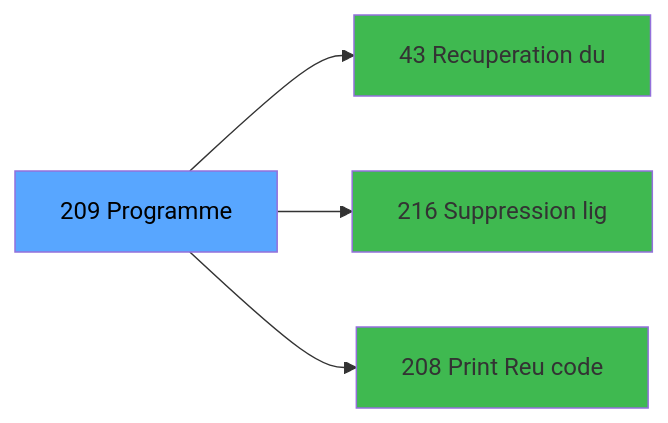
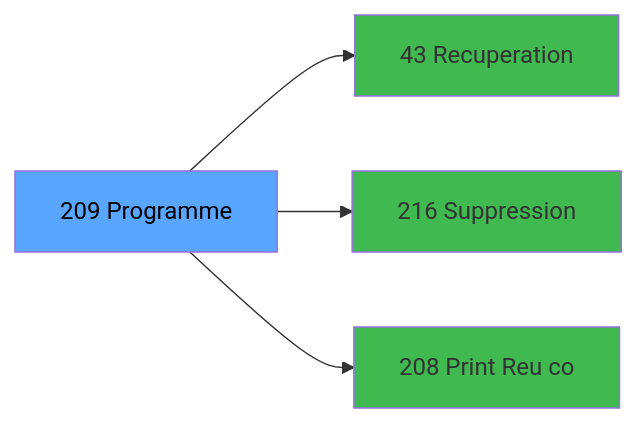
One commit to thonyAGP/magic-migration changed the third of 3 diagrams in .openspec/specs/ADH-IDE-209.md. Above: the diagram before and after it, drawn with Mermaid. The commit also changed other lines of this file and 323 other files, not shown here.

````diff
--- a/.openspec/specs/ADH-IDE-209.md
+++ b/.openspec/specs/ADH-IDE-209.md
@@ -143,14 +164,14 @@
 ```mermaid
 graph LR
     T[209 Programme]
-    C43[43 Recuperation du]
+    C43[43 Recuperation]
     T --> C43
-    C216[216 Suppression lig]
+    C216[216 Suppression ]
     T --> C216
-    C208[208 Print Reu code ]
+    C208[208 Print Reu co]
     T --> C208
     style T fill:#58a6ff,color:#000
     style C43 fill:#3fb950
     style C216 fill:#3fb950
     style C208 fill:#3fb950
 ```
````
